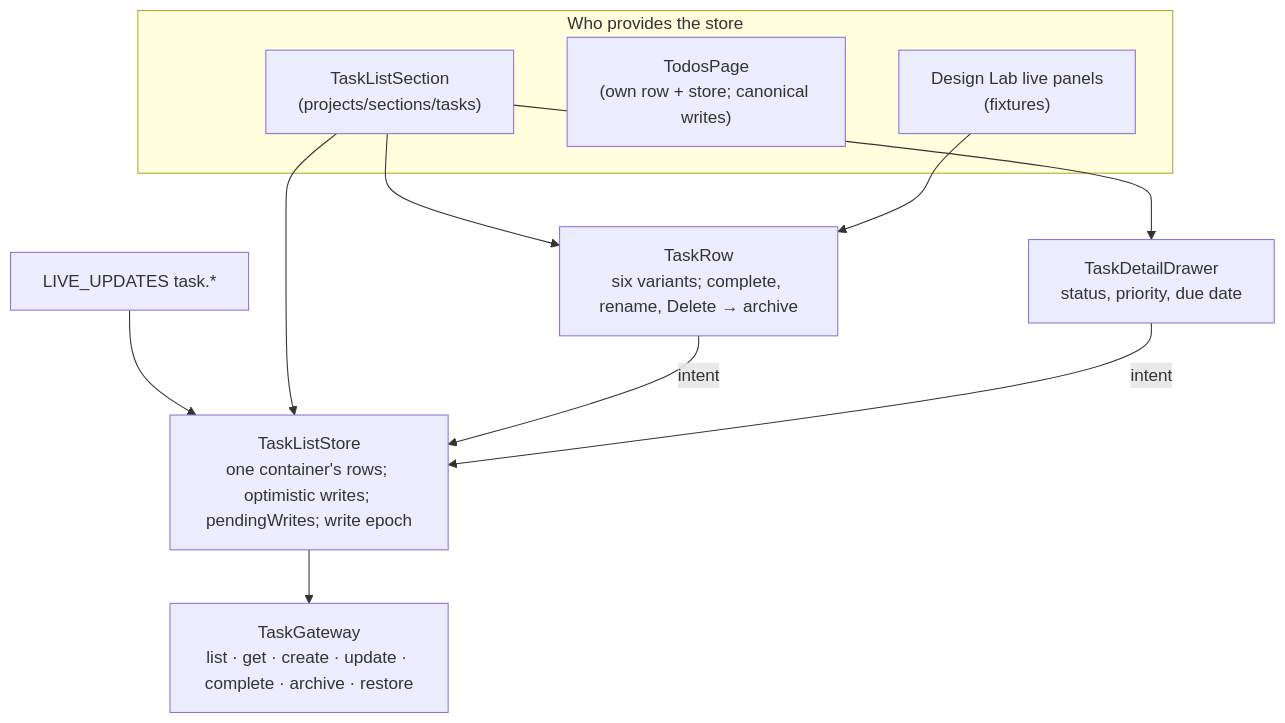
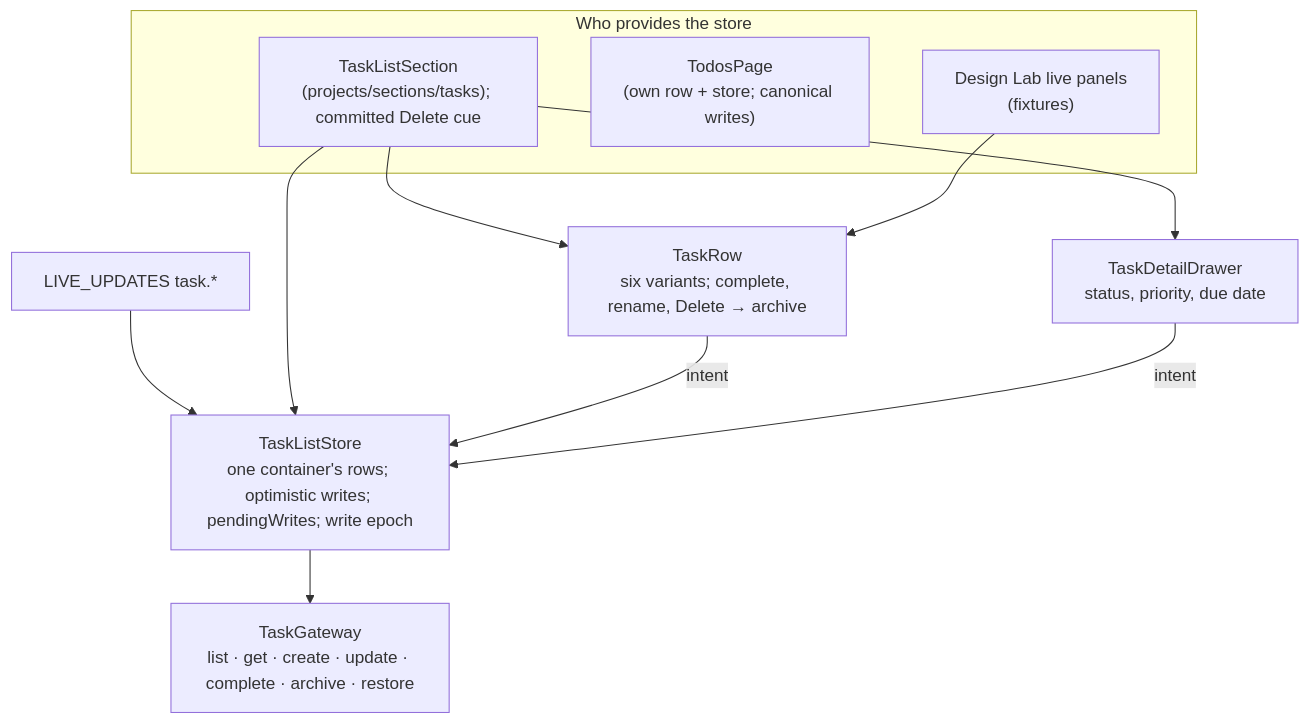
One commit to CalciteDragon/Canvas-work-manager-prototype changed the first of 2 diagrams in docs/architecture/web/tasks/what.md. Above: the diagram before and after it, drawn with Mermaid. The commit also changed 29 other files, not shown here.

First line of the commit message:
Slice 57: announce task Delete recovery (§26, §31, §34)

````diff
--- a/docs/architecture/web/tasks/what.md
+++ b/docs/architecture/web/tasks/what.md
@@ -5,20 +5,20 @@
 ```mermaid
 flowchart TB
   live["LIVE_UPDATES task.*"] --> store
   subgraph owners["Who provides the store"]
-    tls["TaskListSection<br/>(projects/sections/tasks)"]
+    tls["TaskListSection<br/>(projects/sections/tasks); committed Delete cue"]
     todos["TodosPage<br/>(own row + store; canonical writes)"]
     lab["Design Lab live panels<br/>(fixtures)"]
   end
   store["TaskListStore<br/>one container's rows; optimistic writes; pendingWrites; write epoch"]
   row["TaskRow<br/>six variants; complete, rename, Delete → archive"]
   drawer["TaskDetailDrawer<br/>status, priority, due date"]
   gw["TaskGateway<br/>list · get · create · update · complete · archive · restore"]
   tls --> store
   store --> gw
   tls --> row
   tls --> drawer
   lab --> row
   row -->|intent| store
   drawer -->|intent| store
 ```
````
